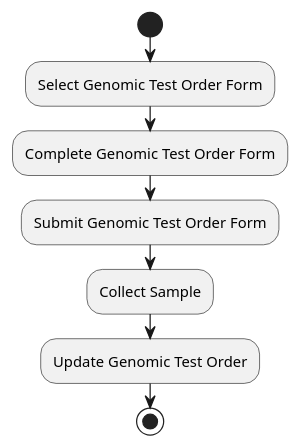
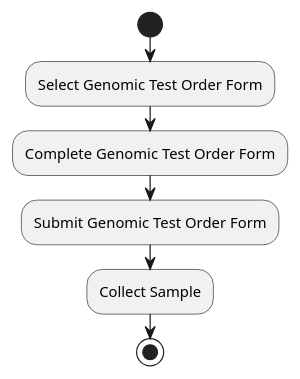
The diagram in input/images-source/LTW-usecase-1-activity.plantuml (nw-gmsa/nw-gmsa.github.com), drawn with PlantUML before and after one commit. The commit also changed 14 other files, not shown here.

```diff
--- a/input/images-source/LTW-usecase-1-activity.plantuml
+++ b/input/images-source/LTW-usecase-1-activity.plantuml
@@ -1,11 +1,10 @@
 @startuml
 
 start
 
 :Select Genomic Test Order Form;
 :Complete Genomic Test Order Form;
 :Submit Genomic Test Order Form;
 :Collect Sample;
-:Update Genomic Test Order;
 stop
 @enduml
```
